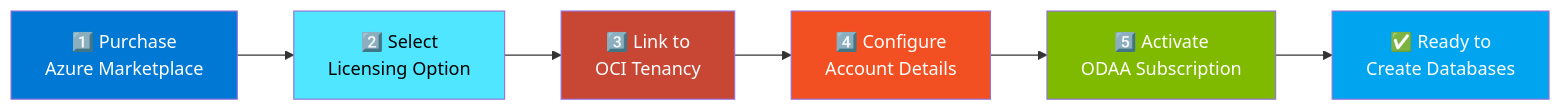
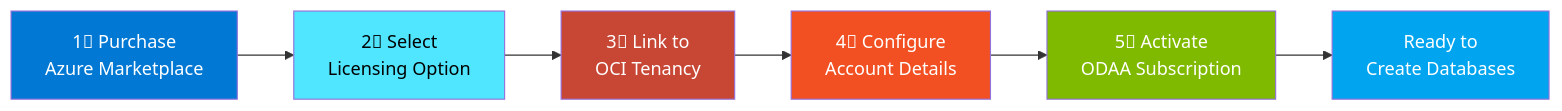
The second of 3 diagrams in 03-Azure/01-03-Infrastructure/10_Oracle_on_Azure/walkthrough/create-odaa-subscription/create-odaa-subscription.md (cpinotossi/msftmh), drawn with Mermaid before and after one commit. The commit also changed other lines of this file and 14 other files, not shown here.

````diff
--- a/03-Azure/01-03-Infrastructure/10_Oracle_on_Azure/walkthrough/create-odaa-subscription/create-odaa-subscription.md
+++ b/03-Azure/01-03-Infrastructure/10_Oracle_on_Azure/walkthrough/create-odaa-subscription/create-odaa-subscription.md
@@ -100,15 +100,15 @@
 ```mermaid
 flowchart LR
-    A["1️⃣ Purchase<br/>Azure Marketplace"] --> B["2️⃣ Select<br/>Licensing Option"]
-    B --> C["3️⃣ Link to<br/>OCI Tenancy"]
-    C --> D["4️⃣ Configure<br/>Account Details"]
-    D --> E["5️⃣ Activate<br/>ODAA Subscription"]
-    E --> F["✅ Ready to<br/>Create Databases"]
+    A["1⃣ Purchase<br/>Azure Marketplace"] --> B["2⃣ Select<br/>Licensing Option"]
+    B --> C["3⃣ Link to<br/>OCI Tenancy"]
+    C --> D["4⃣ Configure<br/>Account Details"]
+    D --> E["5⃣ Activate<br/>ODAA Subscription"]
+    E --> F[" Ready to<br/>Create Databases"]
 
     style A fill:#0078D4,color:#fff
     style B fill:#50E6FF,color:#000
     style C fill:#C74634,color:#fff
     style D fill:#F25022,color:#fff
     style E fill:#7FBA00,color:#fff
     style F fill:#00A4EF,color:#fff
 ```
````
